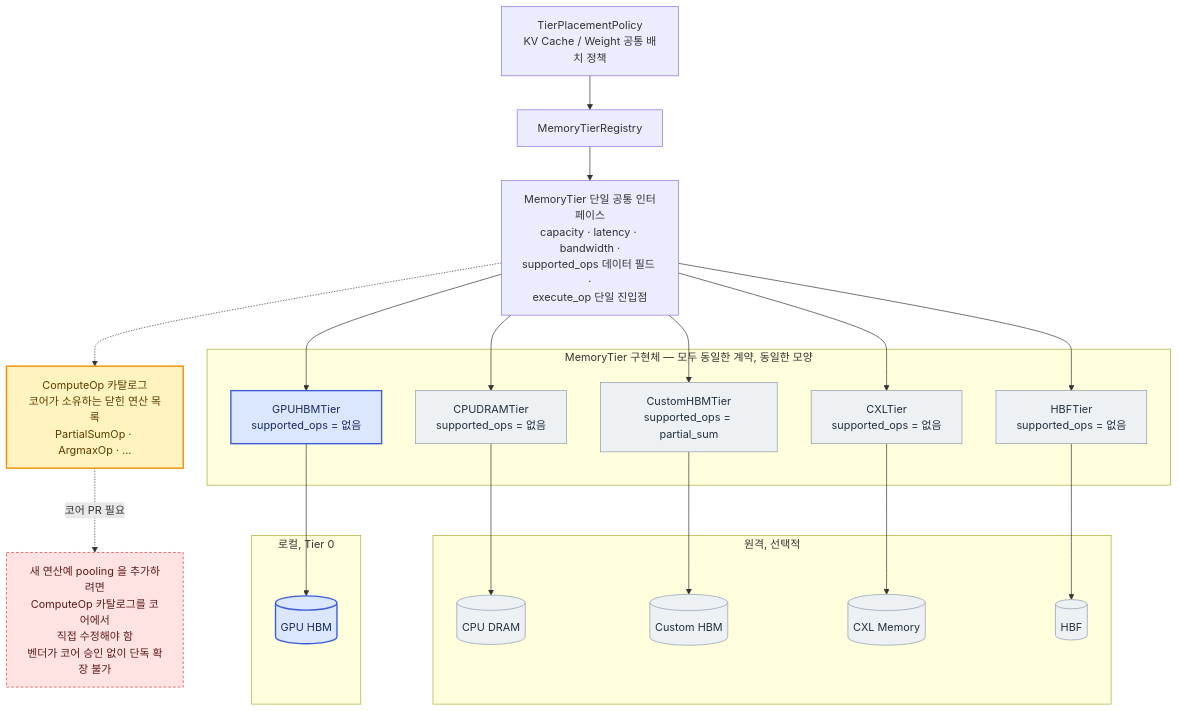
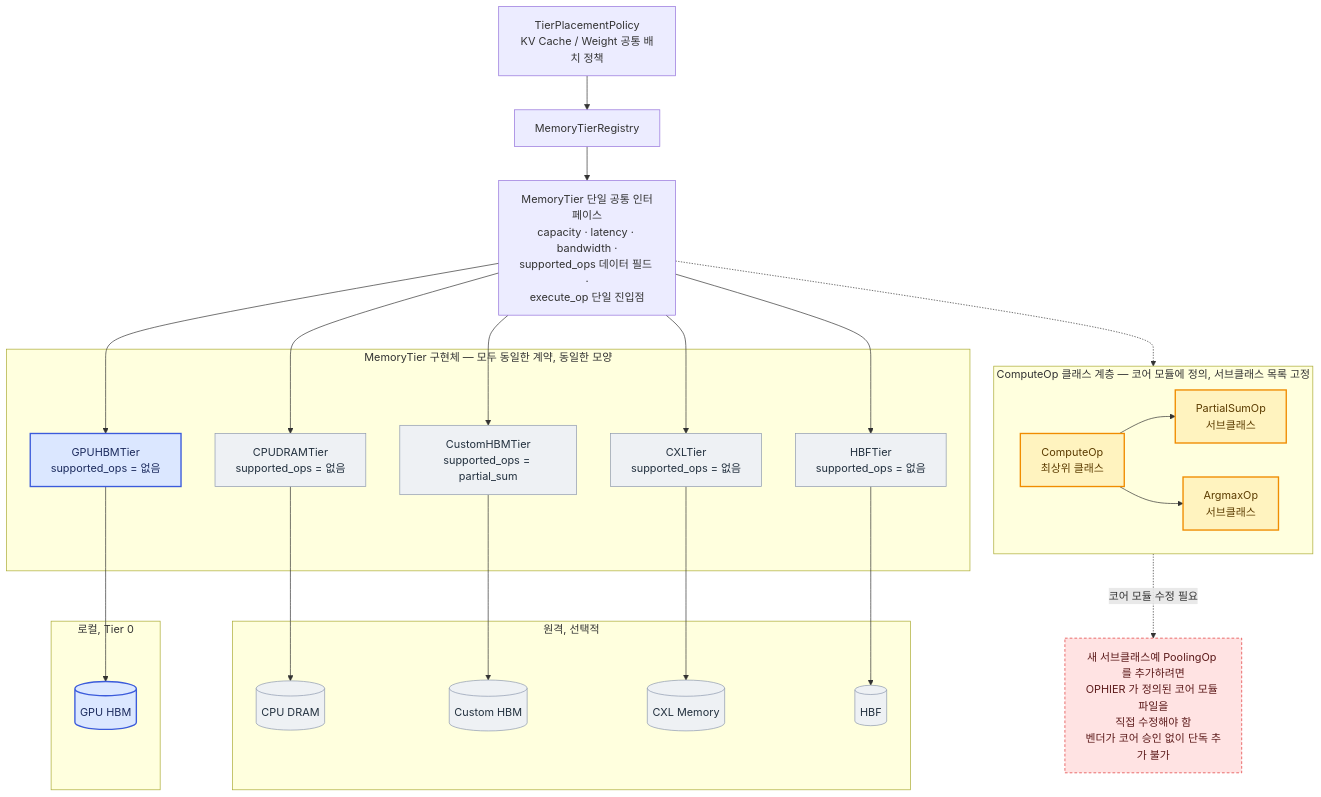
The first of 8 diagrams in doc-mk/vllm-memory-abstraction-level-candidates.md (mkim0628/vllm), drawn with Mermaid before and after one commit. The commit also changed other lines of this file, not shown here.

First line of the commit message:
docs: replace 'catalog' wording with proper SW term (sealed class hierarchy)

````diff
--- a/doc-mk/vllm-memory-abstraction-level-candidates.md
+++ b/doc-mk/vllm-memory-abstraction-level-candidates.md
@@ -96,45 +98,52 @@
 ```mermaid
 graph TD
     TPP["TierPlacementPolicy<br/>KV Cache / Weight 공통 배치 정책"]
     REGISTRY["MemoryTierRegistry"]
     IFACE["MemoryTier 단일 공통 인터페이스<br/>capacity · latency · bandwidth ·<br/>supported_ops 데이터 필드 ·<br/>execute_op 단일 진입점"]
-    CATALOG["ComputeOp 카탈로그<br/>코어가 소유하는 닫힌 연산 목록<br/>PartialSumOp · ArgmaxOp · ..."]
+
+    subgraph OPHIER["ComputeOp 클래스 계층 — 코어 모듈에 정의, 서브클래스 목록 고정"]
+        COMPUTEOP["ComputeOp<br/>최상위 클래스"]
+        PARTIALSUM["PartialSumOp<br/>서브클래스"]
+        ARGMAX["ArgmaxOp<br/>서브클래스"]
+        COMPUTEOP --> PARTIALSUM
+        COMPUTEOP --> ARGMAX
+    end
 
     subgraph PLUGINS["MemoryTier 구현체 — 모두 동일한 계약, 동일한 모양"]
         GPUHBM["GPUHBMTier<br/>supported_ops = 없음"]
         DRAMT["CPUDRAMTier<br/>supported_ops = 없음"]
         CUSTOMT["CustomHBMTier<br/>supported_ops = partial_sum"]
         CXLT["CXLTier<br/>supported_ops = 없음"]
         HBFT["HBFTier<br/>supported_ops = 없음"]
     end
 
     subgraph PHYS_LOCAL["로컬, Tier 0"]
         HBM_PHYS[("GPU HBM")]
     end
     subgraph PHYS_REMOTE["원격, 선택적"]
         DRAM_PHYS[("CPU DRAM")]
         CUSTOM_PHYS[("Custom HBM")]
         CXL_PHYS[("CXL Memory")]
         HBF_PHYS[("HBF")]
     end
 
-    NEWOP["새 연산예 pooling 을 추가하려면<br/>ComputeOp 카탈로그를 코어에서<br/>직접 수정해야 함<br/>벤더가 코어 승인 없이 단독 확장 불가"]
+    NEWOP["새 서브클래스예 PoolingOp 를 추가하려면<br/>OPHIER 가 정의된 코어 모듈 파일을<br/>직접 수정해야 함<br/>벤더가 코어 승인 없이 단독 추가 불가"]
 
     TPP --> REGISTRY --> IFACE
-    IFACE -.-> CATALOG
+    IFACE -.-> OPHIER
     IFACE --> GPUHBM --> HBM_PHYS
     IFACE --> DRAMT --> DRAM_PHYS
     IFACE --> CUSTOMT --> CUSTOM_PHYS
     IFACE --> CXLT --> CXL_PHYS
     IFACE --> HBFT --> HBF_PHYS
-    CATALOG -. "코어 PR 필요" .-> NEWOP
+    OPHIER -. "코어 모듈 수정 필요" .-> NEWOP
 
     classDef localMem fill:#dbe7ff,stroke:#3b5bdb,color:#1c2b5e,stroke-width:2px;
     classDef remoteMem fill:#eef1f4,stroke:#8d99ae,color:#22303e,stroke-width:1px;
-    classDef catalogBox fill:#fff3bf,stroke:#f08c00,color:#5c3c00,stroke-width:2px;
+    classDef hierBox fill:#fff3bf,stroke:#f08c00,color:#5c3c00,stroke-width:2px;
     classDef warnBox fill:#ffe3e3,stroke:#e03131,color:#5c1a1a,stroke-width:1px,stroke-dasharray: 4 3;
     class HBM_PHYS,GPUHBM localMem
     class DRAM_PHYS,CUSTOM_PHYS,CXL_PHYS,HBF_PHYS,DRAMT,CUSTOMT,CXLT,HBFT remoteMem
-    class CATALOG catalogBox
+    class COMPUTEOP,PARTIALSUM,ARGMAX hierBox
     class NEWOP warnBox
 ```
````
